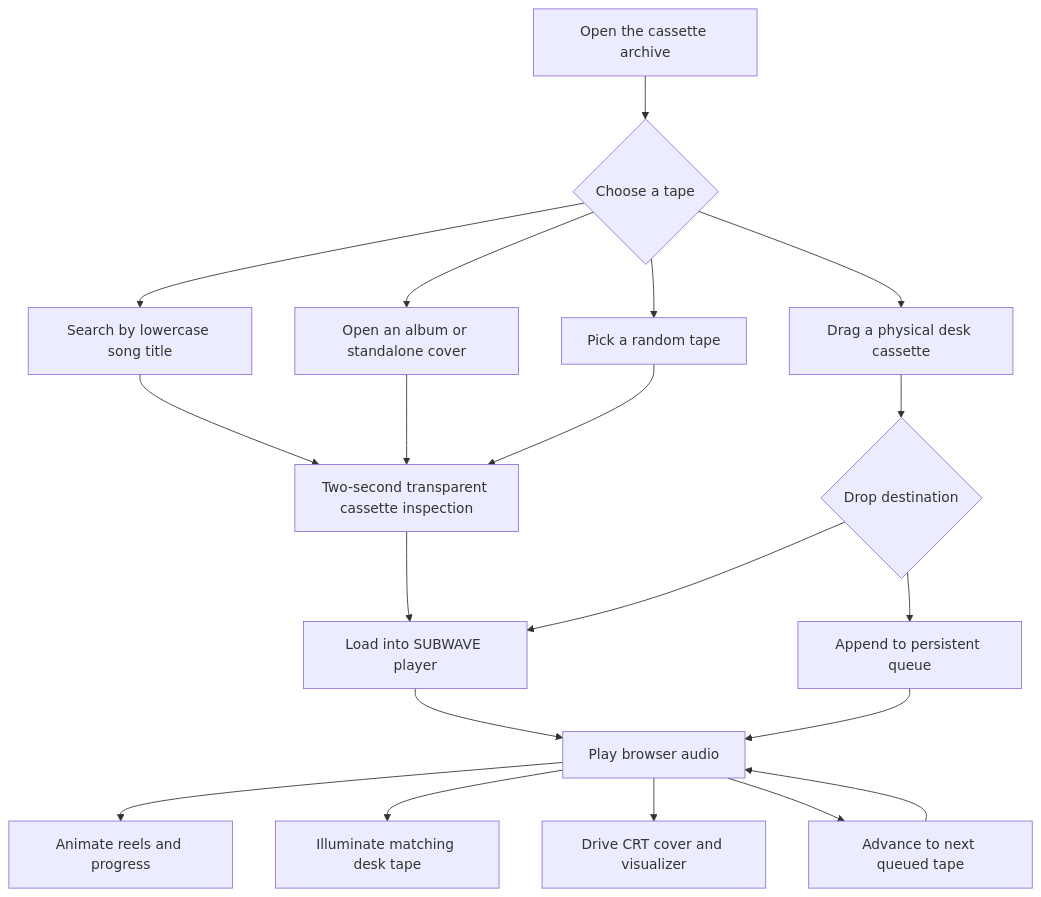
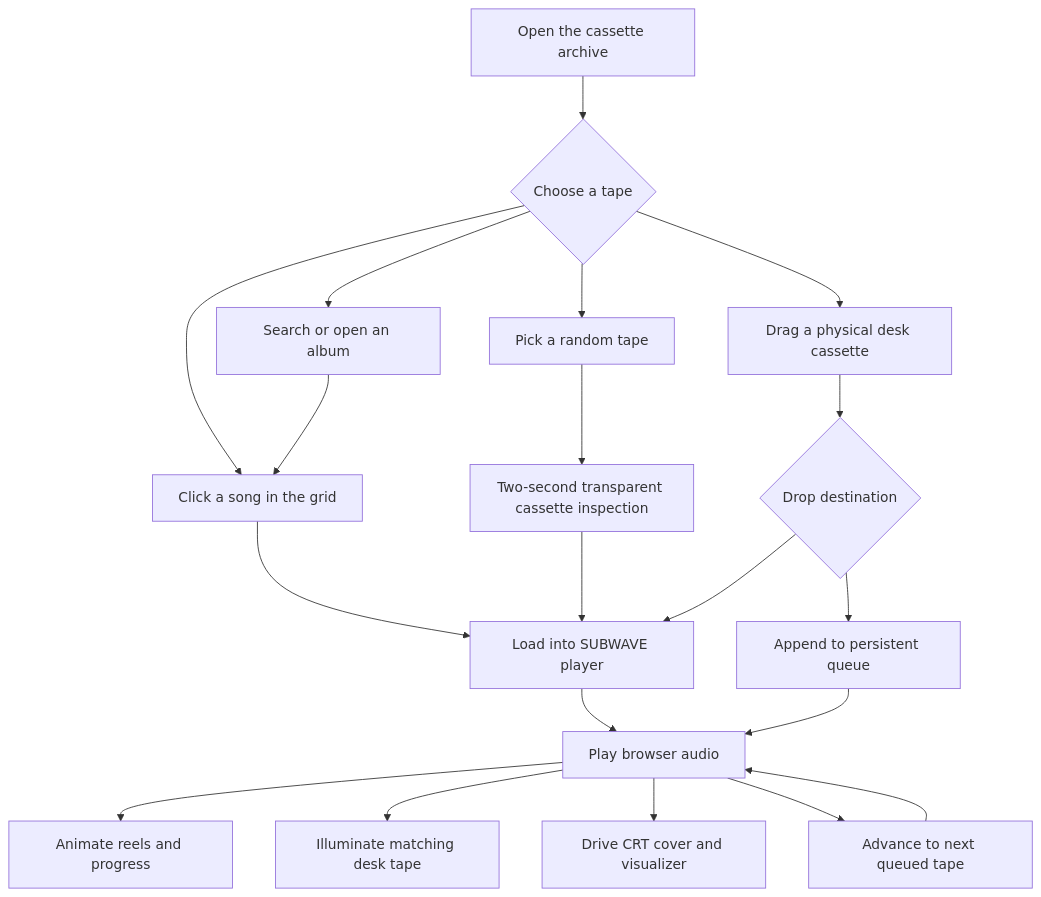
Before and after one commit to Zanark/SubwooferLullabies: the first of 2 diagrams in docs/website.md, drawn with Mermaid. The commit also changed other lines of this file and 1 other file, not shown here.

First line of the commit message:
Load grid songs without showcase

````diff
--- a/docs/website.md
+++ b/docs/website.md
@@ -16,38 +16,38 @@
 ```mermaid
 flowchart TB
     A[Open the cassette archive]
     B{Choose a tape}
-    C[Search by lowercase song title]
-    D[Open an album or standalone cover]
+    C[Search or open an album]
+    D[Click a song in the grid]
     E[Pick a random tape]
     F[Drag a physical desk cassette]
     G[Two-second transparent cassette inspection]
     H{Drop destination}
     I[Load into SUBWAVE player]
     J[Append to persistent queue]
     K[Play browser audio]
     L[Animate reels and progress]
     M[Illuminate matching desk tape]
     N[Drive CRT cover and visualizer]
     O[Advance to next queued tape]
 
     A --> B
     B --> C
     B --> D
     B --> E
     B --> F
-    C --> G
-    D --> G
+    C --> D
+    D --> I
     E --> G
     F --> H
     G --> I
     H --> I
     H --> J
     I --> K
     J --> K
     K --> L
     K --> M
     K --> N
     K --> O
     O --> K
 ```
````
